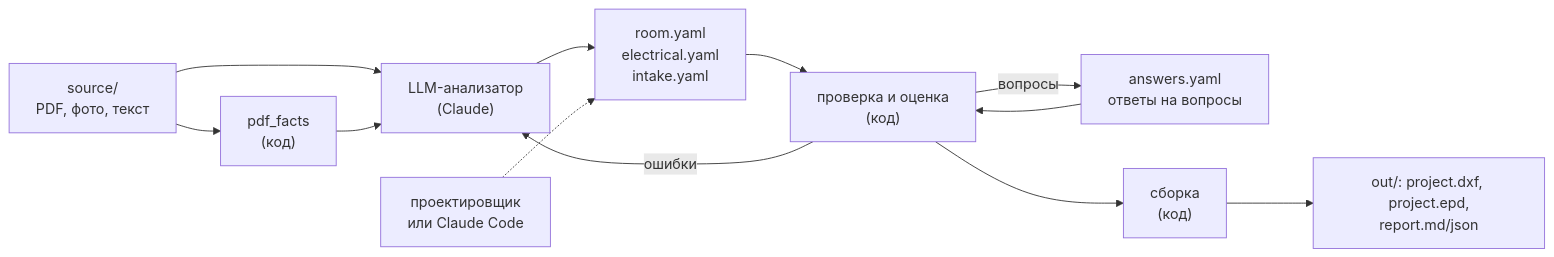
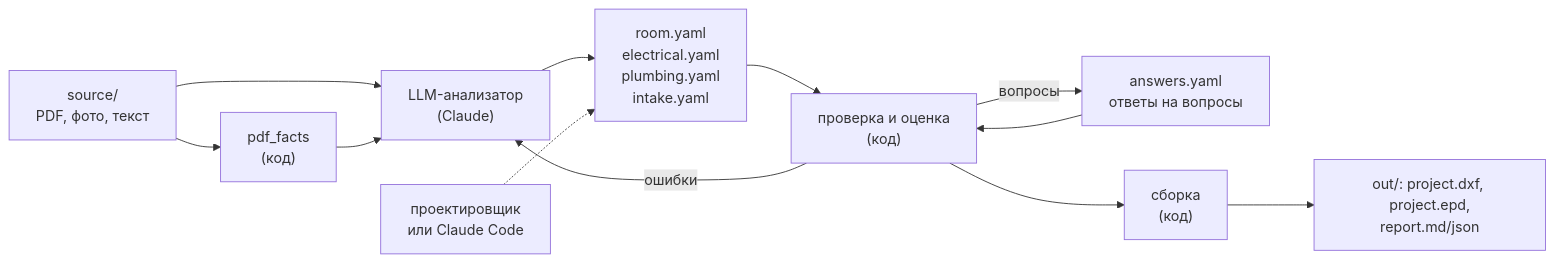
One commit to Coder801/floorplan-engine changed the diagram in docs/architecture.md. Above: the diagram before and after it, drawn with Mermaid. The commit also changed other lines of this file and 174 other files, not shown here.

````diff
--- a/docs/architecture.md
+++ b/docs/architecture.md
@@ -9,14 +9,14 @@
 ```mermaid
 flowchart LR
     src["source/<br>PDF, фото, текст"] --> facts["pdf_facts<br>(код)"]
     src --> llm["LLM-анализатор<br>(Claude)"]
     facts --> llm
-    llm --> yaml["room.yaml<br>electrical.yaml<br>intake.yaml"]
+    llm --> yaml["room.yaml<br>electrical.yaml<br>plumbing.yaml<br>intake.yaml"]
     human["проектировщик<br>или Claude Code"] -.-> yaml
     ans["answers.yaml<br>ответы на вопросы"] --> check
     yaml --> check["проверка и оценка<br>(код)"]
     check -->|ошибки| llm
     check -->|вопросы| ans
     check --> build["сборка<br>(код)"]
     build --> out["out/: project.dxf, project.epd,<br>report.md/json"]
 ```
````
